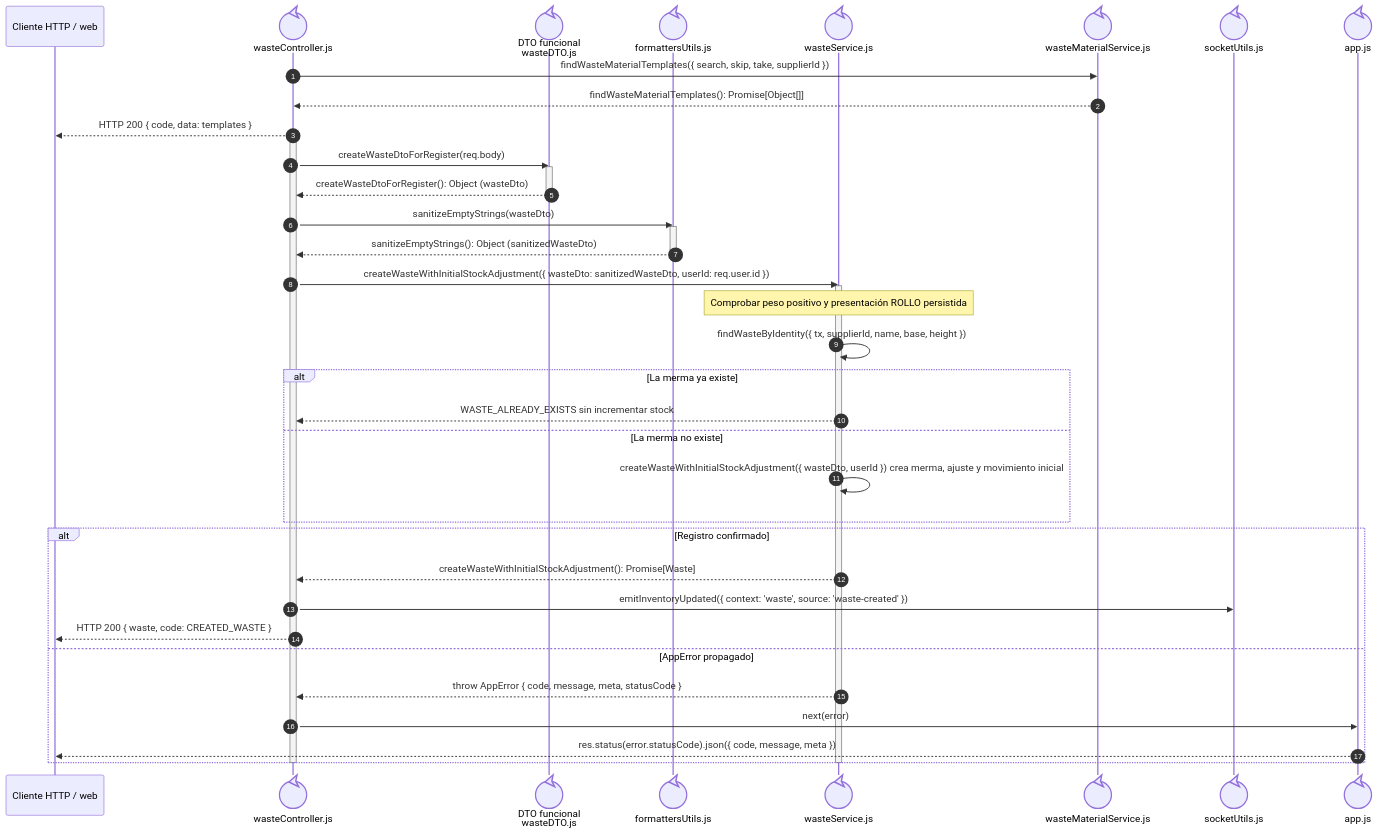
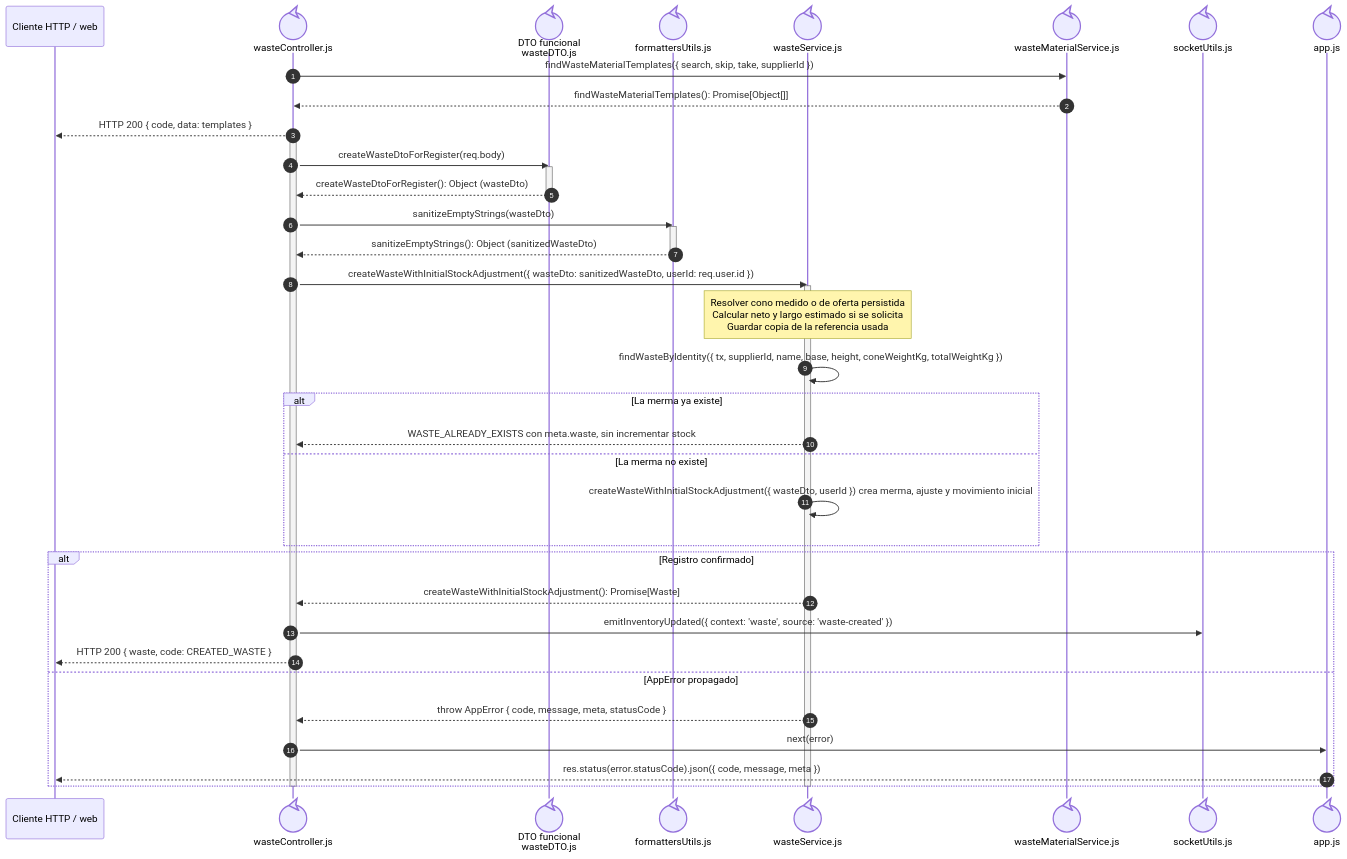
The second of 3 diagrams in docs/architecture/views/processes/backend-code-sequences/catalogs/cu-alm-10.md (gpgsistemas01/nexus), drawn with Mermaid before and after one commit. The commit also changed other lines of this file and 87 other files, not shown here.

Commit message:
Capture waste roll weights and supplier references with stock-aware identity

````diff
--- a/docs/architecture/views/processes/backend-code-sequences/catalogs/cu-alm-10.md
+++ b/docs/architecture/views/processes/backend-code-sequences/catalogs/cu-alm-10.md
@@ -79,45 +83,45 @@
 ```mermaid
 sequenceDiagram
     autonumber
     participant Client as Cliente HTTP / web
     participant Controller@{ "type": "control" } as wasteController.js
     participant WasteDto@{ "type": "control" } as DTO funcional<br/>wasteDTO.js
     participant Formatter@{ "type": "control" } as formattersUtils.js
     participant Domain@{ "type": "control" } as wasteService.js
     participant Templates@{ "type": "control" } as wasteMaterialService.js
     participant Socket@{ "type": "control" } as socketUtils.js
     participant ErrorHandler@{ "type": "control" } as app.js
 
     Controller->>Templates: findWasteMaterialTemplates({ search, skip, take, supplierId })
     Templates-->>Controller: findWasteMaterialTemplates(): Promise[Object[]]
     Controller-->>Client: HTTP 200 { code, data: templates }
     activate Controller
     Controller->>WasteDto: createWasteDtoForRegister(req.body)
     activate WasteDto
     WasteDto-->>Controller: createWasteDtoForRegister(): Object (wasteDto)
     deactivate WasteDto
     Controller->>Formatter: sanitizeEmptyStrings(wasteDto)
     activate Formatter
     Formatter-->>Controller: sanitizeEmptyStrings(): Object (sanitizedWasteDto)
     deactivate Formatter
     Controller->>Domain: createWasteWithInitialStockAdjustment({ wasteDto: sanitizedWasteDto, userId: req.user.id })
     activate Domain
-    Note over Domain: Comprobar peso positivo y presentación ROLLO persistida
-    Domain->>Domain: findWasteByIdentity({ tx, supplierId, name, base, height })
+    Note over Domain: Resolver cono medido o de oferta persistida<br/>Calcular neto y largo estimado si se solicita<br/>Guardar copia de la referencia usada
+    Domain->>Domain: findWasteByIdentity({ tx, supplierId, name, base, height, coneWeightKg, totalWeightKg })
     alt La merma ya existe
-        Domain-->>Controller: WASTE_ALREADY_EXISTS sin incrementar stock
+        Domain-->>Controller: WASTE_ALREADY_EXISTS con meta.waste, sin incrementar stock
     else La merma no existe
         Domain->>Domain: createWasteWithInitialStockAdjustment({ wasteDto, userId }) crea merma, ajuste y movimiento inicial
     end
     alt Registro confirmado
         Domain-->>Controller: createWasteWithInitialStockAdjustment(): Promise[Waste]
         Controller->>Socket: emitInventoryUpdated({ context: 'waste', source: 'waste-created' })
         Controller-->>Client: HTTP 200 { waste, code: CREATED_WASTE }
     else AppError propagado
         Domain-->>Controller: throw AppError { code, message, meta, statusCode }
         Controller->>ErrorHandler: next(error)
         ErrorHandler-->>Client: res.status(error.statusCode).json({ code, message, meta })
     end
     deactivate Domain
     deactivate Controller
 ```
````
